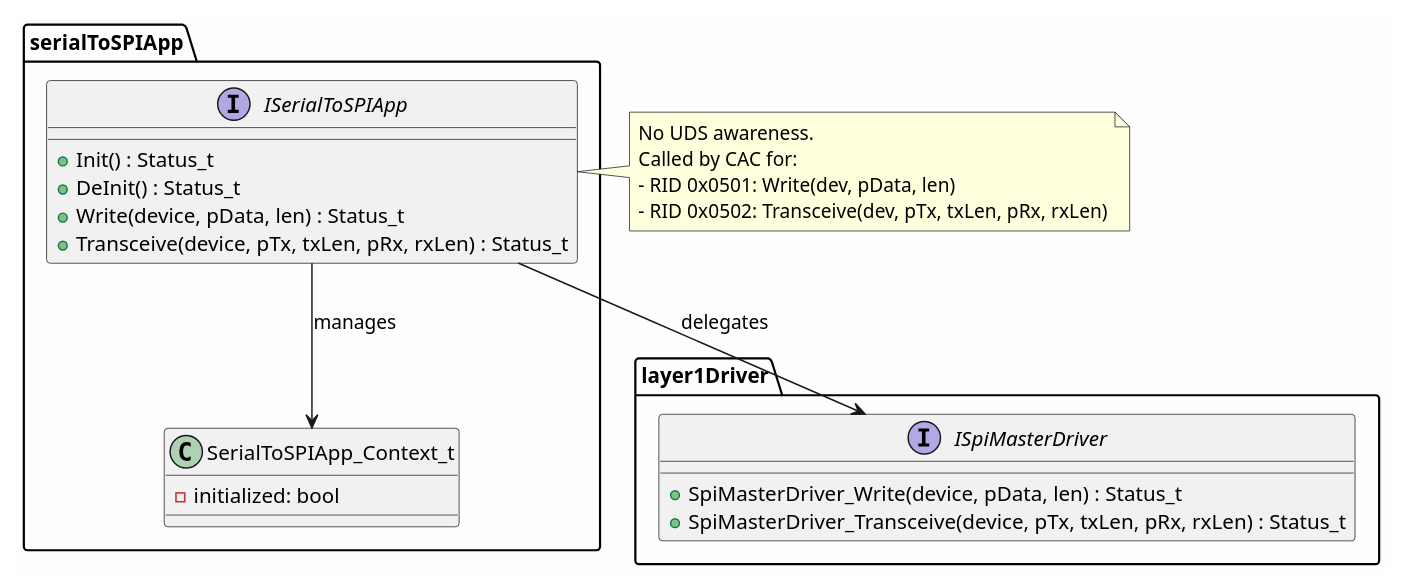
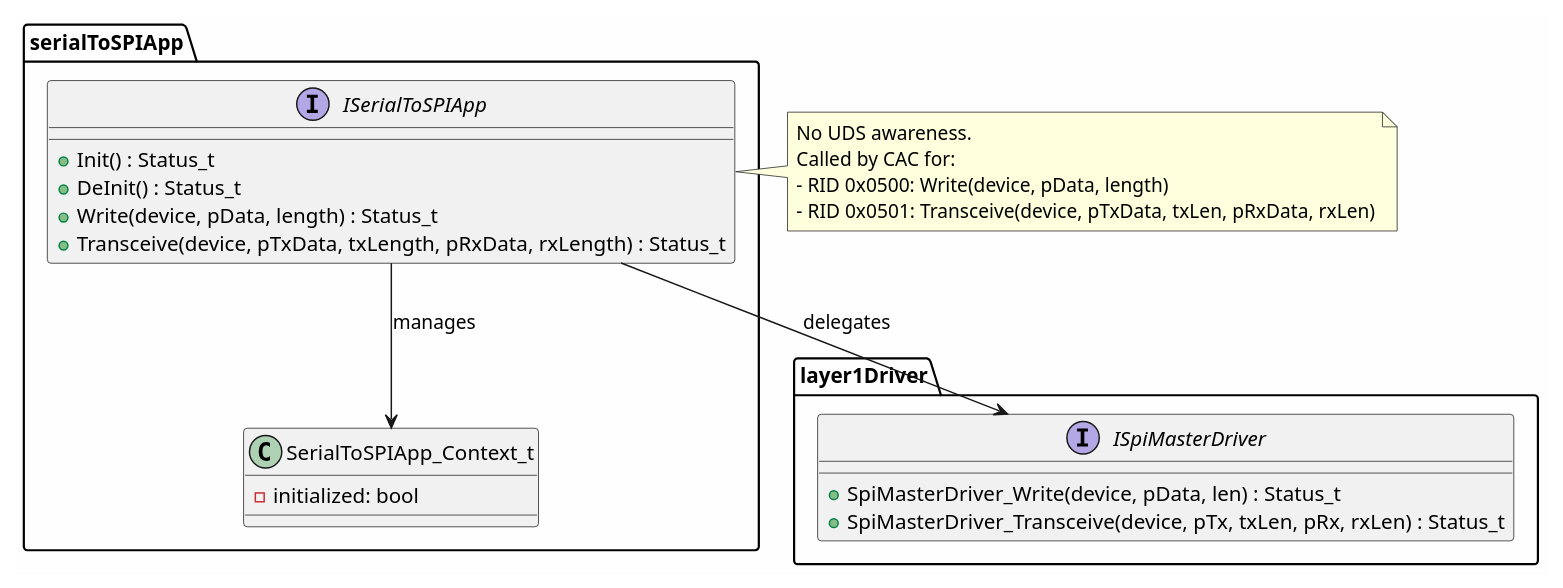
Before and after one commit to LinhTrucVo/Bico_Protocol_Bridge: the diagram in 3_swComp/layer3Application/serialToSPIApp/2_design/serialToSPIAppStaticStructure.puml, drawn with PlantUML. The commit also changed 18 other files, not shown here.

```diff
--- a/3_swComp/layer3Application/serialToSPIApp/2_design/serialToSPIAppStaticStructure.puml
+++ b/3_swComp/layer3Application/serialToSPIApp/2_design/serialToSPIAppStaticStructure.puml
@@ -1,34 +1,34 @@
 @startuml serialToSPIAppStaticStructure
 skinparam backgroundColor #FEFEFE
 
 package "serialToSPIApp" {
     interface ISerialToSPIApp {
         + Init() : Status_t
         + DeInit() : Status_t
-        + Write(device, pData, len) : Status_t
-        + Transceive(device, pTx, txLen, pRx, rxLen) : Status_t
+        + Write(device, pData, length) : Status_t
+        + Transceive(device, pTxData, txLength, pRxData, rxLength) : Status_t
     }
 
     class SerialToSPIApp_Context_t {
         - initialized: bool
     }
 
     ISerialToSPIApp --> SerialToSPIApp_Context_t : manages
 }
 
 package "layer1Driver" {
     interface ISpiMasterDriver {
         + SpiMasterDriver_Write(device, pData, len) : Status_t
         + SpiMasterDriver_Transceive(device, pTx, txLen, pRx, rxLen) : Status_t
     }
 }
 
 ISerialToSPIApp --> ISpiMasterDriver : delegates
 
 note right of ISerialToSPIApp
   No UDS awareness.
   Called by CAC for:
-  - RID 0x0501: Write(dev, pData, len)
-  - RID 0x0502: Transceive(dev, pTx, txLen, pRx, rxLen)
+  - RID 0x0500: Write(device, pData, length)
+  - RID 0x0501: Transceive(device, pTxData, txLen, pRxData, rxLen)
 end note
 @enduml
```
